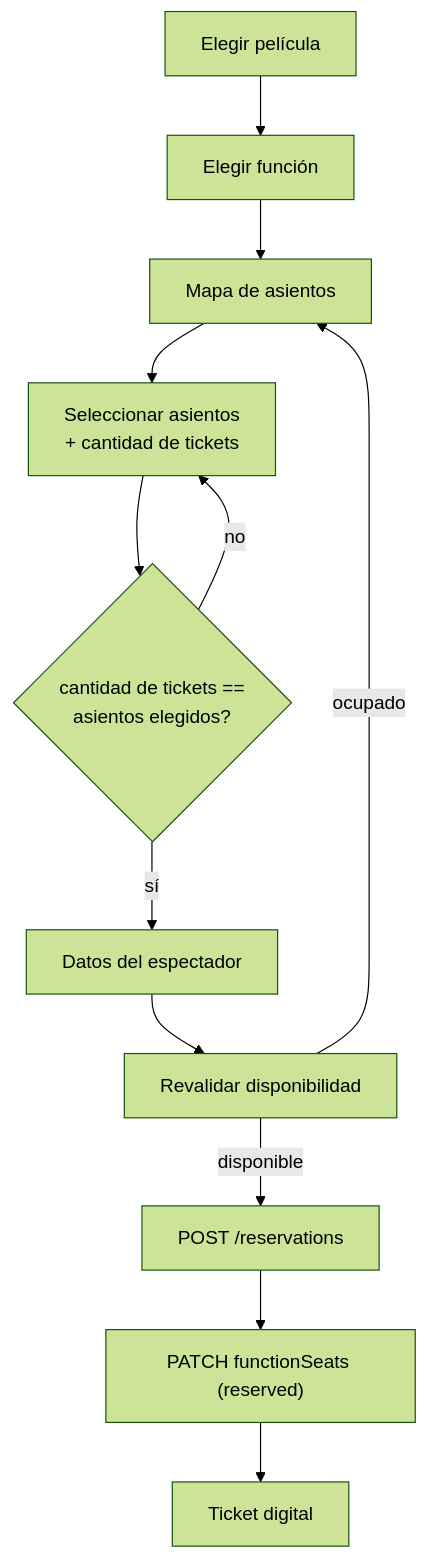
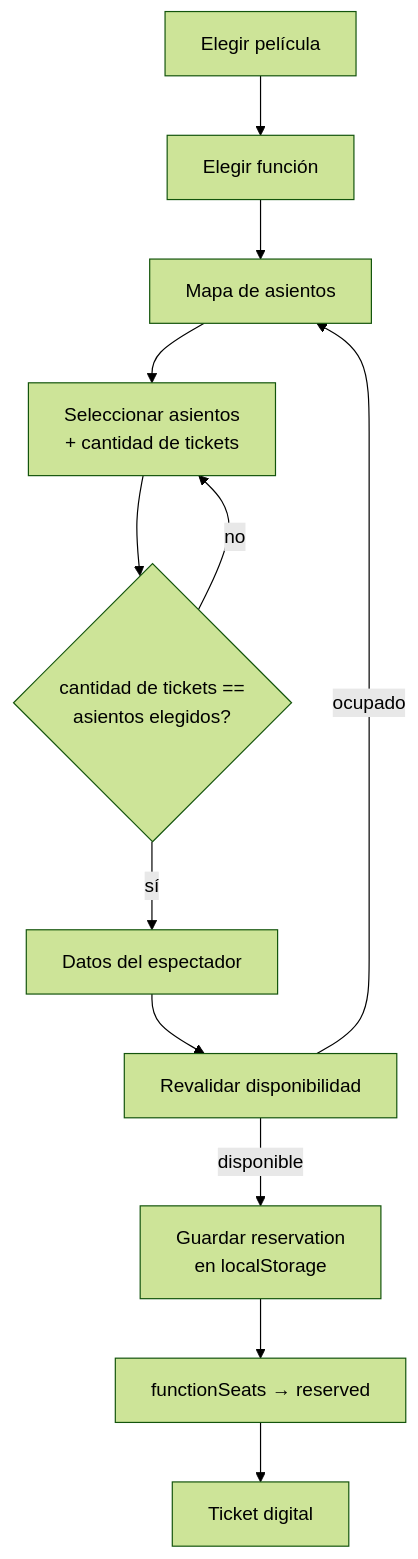
One commit to santiagosanabria-1/proyecto-javascrip-santiago changed the fourth of 5 diagrams in README.md. Above: the diagram before and after it, drawn with Mermaid (forest theme). The commit also changed other lines of this file and 21 other files, not shown here.

First line of the commit message:
♻️ refactor(datos): reemplazar JSON Server por localStorage

````diff
--- a/README.md
+++ b/README.md
@@ -398,14 +398,14 @@
 ```mermaid
 flowchart TD
     A["Elegir película"] --> B["Elegir función"]
     B --> C["Mapa de asientos"]
     C --> D["Seleccionar asientos<br/>+ cantidad de tickets"]
     D --> E{"cantidad de tickets ==<br/>asientos elegidos?"}
     E -- no --> D
     E -- sí --> F["Datos del espectador"]
     F --> G["Revalidar disponibilidad"]
     G -- ocupado --> C
-    G -- disponible --> H["POST /reservations"]
-    H --> I["PATCH functionSeats (reserved)"]
+    G -- disponible --> H["Guardar reservation<br/>en localStorage"]
+    H --> I["functionSeats → reserved"]
     I --> J["Ticket digital"]
 ```
````
